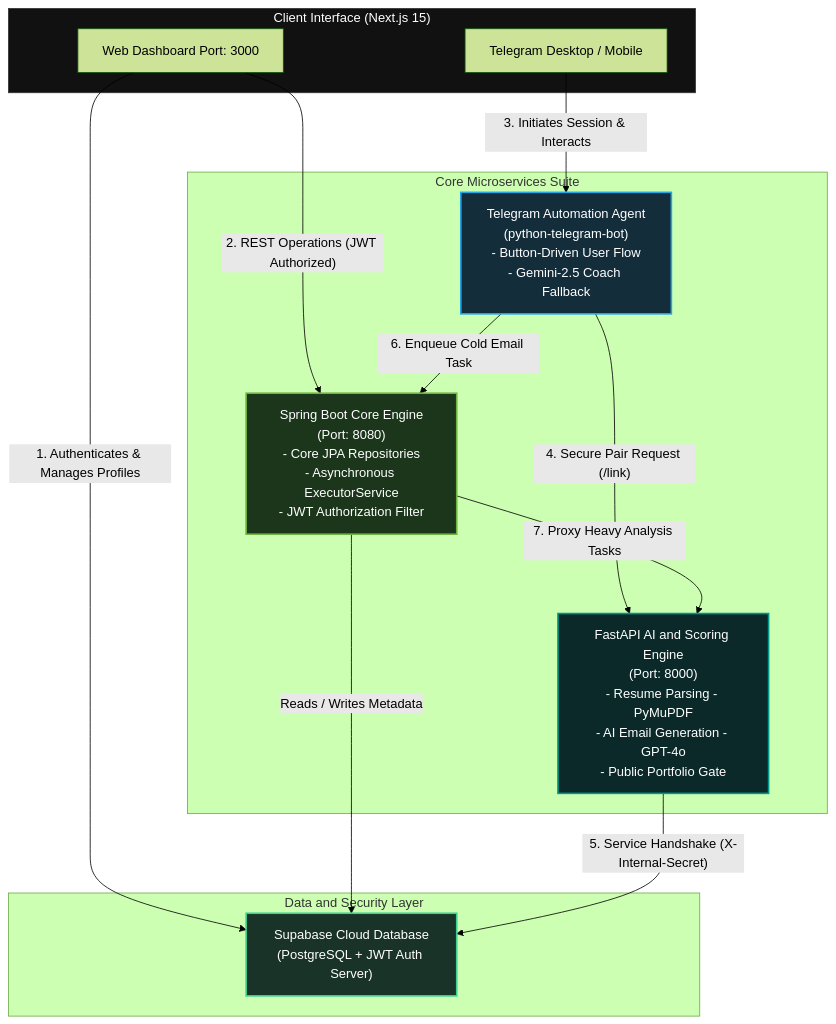
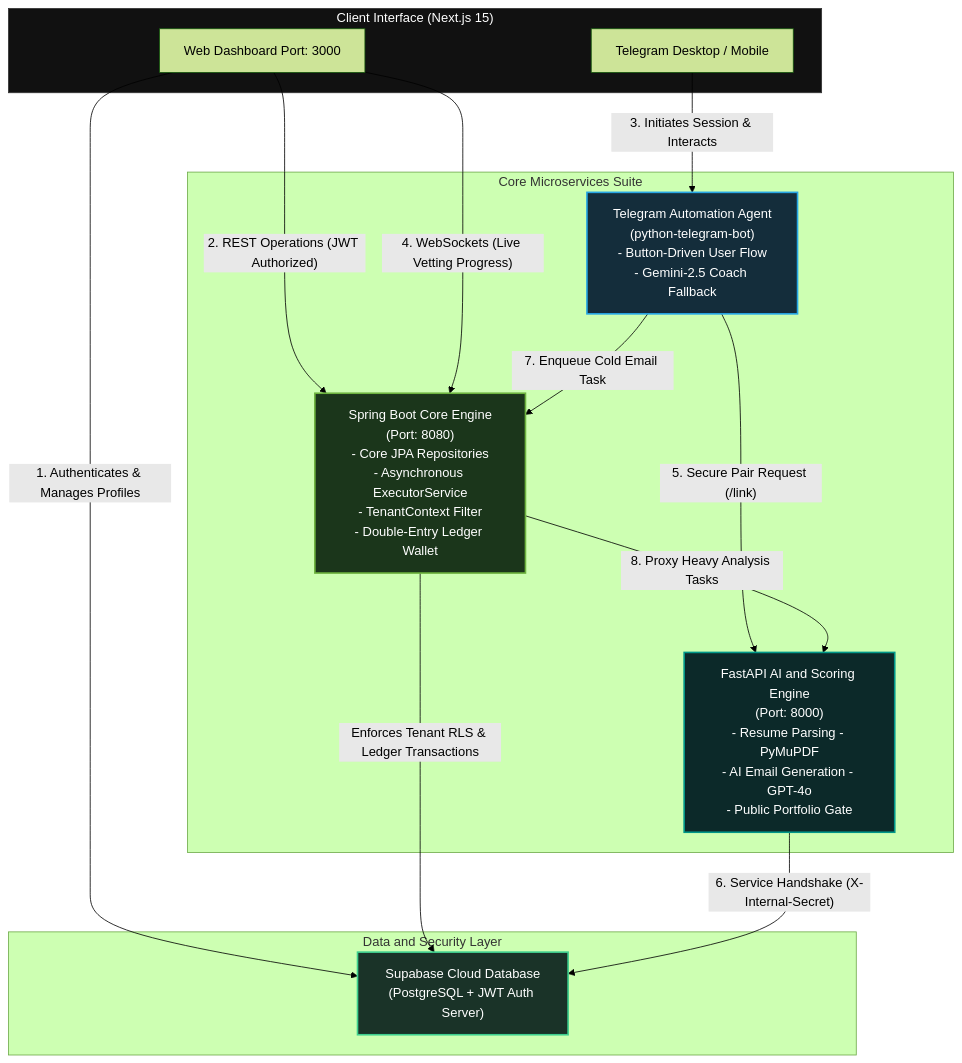
The diagram in README.md (HarshwardhanBhaskar/Cypherdon), drawn with Mermaid (forest theme) before and after one commit.

Commit message:
docs: update system architecture diagram in README

````diff
--- a/README.md
+++ b/README.md
@@ -43,39 +43,40 @@
 ```mermaid
 flowchart TD
     %% Define User Interface Elements
     subgraph ClientLayer ["Client Interface (Next.js 15)"]
         UI["Web Dashboard Port: 3000"]
         TGClient["Telegram Desktop / Mobile"]
     end
 
     %% Define Gateway and Core Services
     subgraph BackendLayer ["Core Microservices Suite"]
-        SpringBoot["Spring Boot Core Engine<br/>(Port: 8080)<br/>- Core JPA Repositories<br/>- Asynchronous ExecutorService<br/>- JWT Authorization Filter"]
+        SpringBoot["Spring Boot Core Engine<br/>(Port: 8080)<br/>- Core JPA Repositories<br/>- Asynchronous ExecutorService<br/>- TenantContext Filter<br/>- Double-Entry Ledger Wallet"]
         FastAPI["FastAPI AI and Scoring Engine<br/>(Port: 8000)<br/>- Resume Parsing - PyMuPDF<br/>- AI Email Generation - GPT-4o<br/>- Public Portfolio Gate"]
         TGBot["Telegram Automation Agent<br/>(python-telegram-bot)<br/>- Button-Driven User Flow<br/>- Gemini-2.5 Coach Fallback"]
     end
 
     %% Define Storage
     subgraph DataStorage ["Data and Security Layer"]
         Supabase["Supabase Cloud Database<br/>(PostgreSQL + JWT Auth Server)"]
     end
 
     %% User Interactions
     UI -- "1. Authenticates & Manages Profiles" --> Supabase
     UI -- "2. REST Operations (JWT Authorized)" --> SpringBoot
     TGClient -- "3. Initiates Session & Interacts" --> TGBot
+    UI -- "4. WebSockets (Live Vetting Progress)" --> SpringBoot
 
     %% Core Orchestration Handshakes
-    SpringBoot -- "Reads / Writes Metadata" --> Supabase
-    TGBot -- "4. Secure Pair Request (/link)" --> FastAPI
-    FastAPI -- "5. Service Handshake (X-Internal-Secret)" --> Supabase
-    TGBot -- "6. Enqueue Cold Email Task" --> SpringBoot
-    SpringBoot -- "7. Proxy Heavy Analysis Tasks" --> FastAPI
+    SpringBoot -- "Enforces Tenant RLS & Ledger Transactions" --> Supabase
+    TGBot -- "5. Secure Pair Request (/link)" --> FastAPI
+    FastAPI -- "6. Service Handshake (X-Internal-Secret)" --> Supabase
+    TGBot -- "7. Enqueue Cold Email Task" --> SpringBoot
+    SpringBoot -- "8. Proxy Heavy Analysis Tasks" --> FastAPI
 
     %% Formatting Nodes
     style SpringBoot fill:#1b361b,stroke:#6DB33F,stroke-width:2px,color:#fff
     style FastAPI fill:#0c2929,stroke:#009688,stroke-width:2px,color:#fff
     style TGBot fill:#142d3b,stroke:#26A5E4,stroke-width:2px,color:#fff
     style Supabase fill:#1a3328,stroke:#3ECF8E,stroke-width:2px,color:#fff
     style ClientLayer fill:#111,stroke:#333,stroke-width:1px,color:#fff
 ```
````
